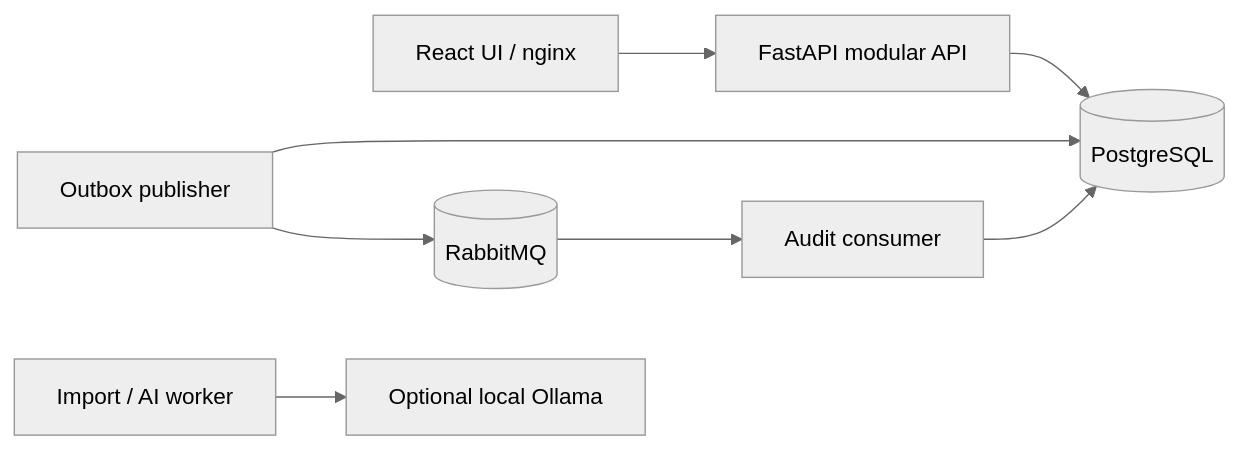
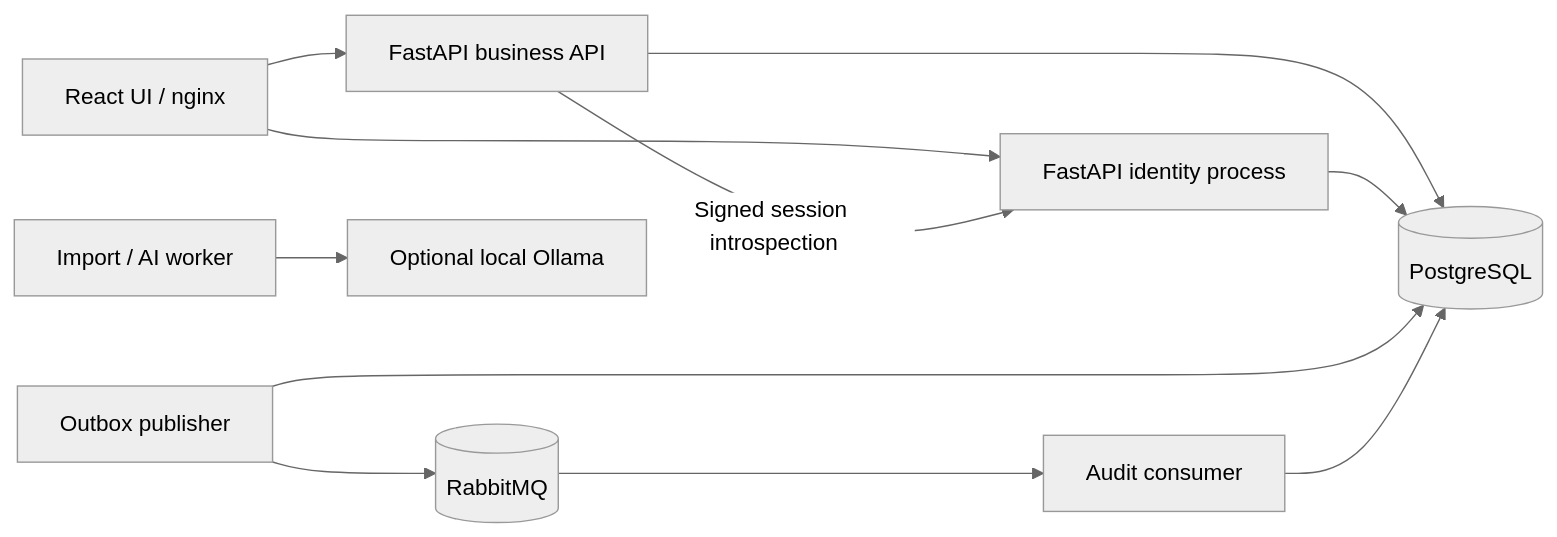
One commit to picolitios/processmind-ai changed the first of 4 diagrams in docs/architecture/target-state.md. Above: the diagram before and after it, drawn with Mermaid (neutral theme). The commit also changed other lines of this file and 26 other files, not shown here.

Commit message:
feat: isolate identity process and session introspection

````diff
--- a/docs/architecture/target-state.md
+++ b/docs/architecture/target-state.md
@@ -16,10 +16,13 @@
 ```mermaid
 flowchart LR
-  UI[React UI / nginx] --> API[FastAPI modular API]
+  UI[React UI / nginx] --> API[FastAPI business API]
+  UI --> ID[FastAPI identity process]
+  API -->|Signed session introspection| ID
   API --> PG[(PostgreSQL)]
+  ID --> PG
   PUB[Outbox publisher] --> PG
   PUB --> MQ[(RabbitMQ)]
   MQ --> CON[Audit consumer]
   CON --> PG
   WORKER[Import / AI worker] --> OLL[Optional local Ollama]
 ```
````
